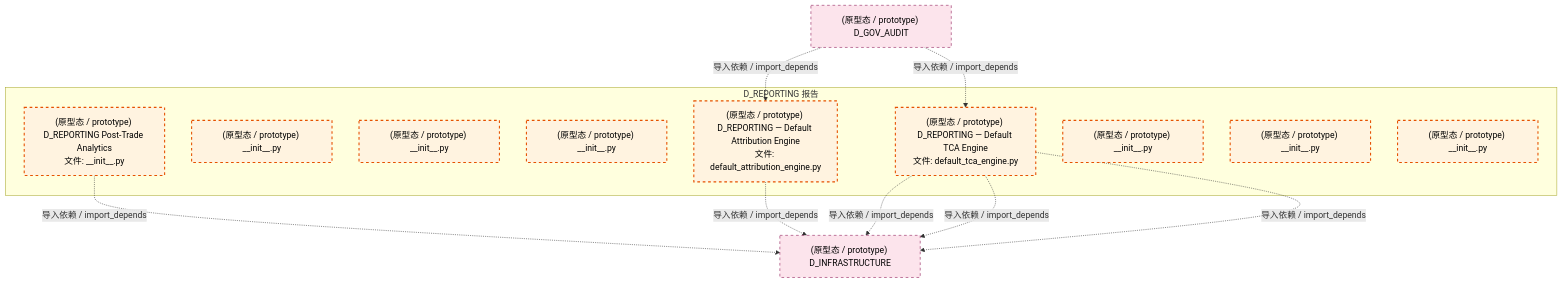
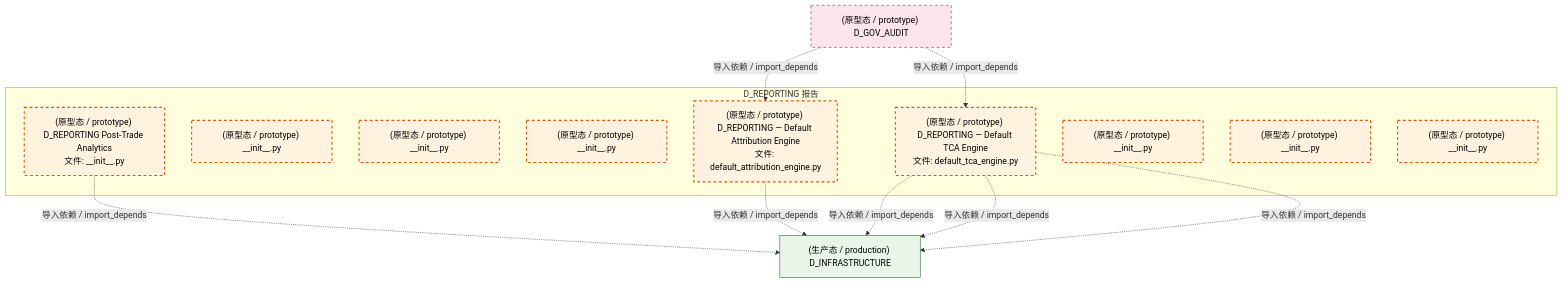
Before and after one commit to xuanFelixVan/ZephyrAlpha: the third of 4 diagrams in docs/02_enterprise_architecture/02_domain_architecture_docs/23_d_reporting.md, drawn with Mermaid. The commit also changed other lines of this file and 126 other files, not shown here.

````diff
--- a/docs/02_enterprise_architecture/02_domain_architecture_docs/23_d_reporting.md
+++ b/docs/02_enterprise_architecture/02_domain_architecture_docs/23_d_reporting.md
@@ -152,29 +153,30 @@
 ```mermaid
 graph TD
     subgraph D_REPORTING["D_REPORTING 报告"]
         src_zephyr_reporting_init_py["(原型态 / prototype) D_REPORTING Post-Trade Analytics<br/>文件: __init__.py"]
         src_zephyr_reporting_extensions_init_py["(原型态 / prototype) __init__.py"]
         src_zephyr_reporting_api_init_py["(原型态 / prototype) __init__.py"]
         src_zephyr_reporting_core_init_py["(原型态 / prototype) __init__.py"]
         src_zephyr_reporting_default_attribution_engine_py["(原型态 / prototype) D_REPORTING — Default Attribution Engine<br/>文件: default_attribution_engine.py"]
         src_zephyr_reporting_default_tca_engine_py["(原型态 / prototype) D_REPORTING — Default TCA Engine<br/>文件: default_tca_engine.py"]
         src_zephyr_reporting_infrastructure_init_py["(原型态 / prototype) __init__.py"]
         src_zephyr_reporting_models_init_py["(原型态 / prototype) __init__.py"]
         src_zephyr_reporting_services_init_py["(原型态 / prototype) __init__.py"]
     end
-    D_INFRASTRUCTURE["(原型态 / prototype) D_INFRASTRUCTURE"]
+    D_INFRASTRUCTURE["(生产态 / production) D_INFRASTRUCTURE"]
+    src_zephyr_reporting_init_py -.->|导入依赖 / import_depends| D_INFRASTRUCTURE
     src_zephyr_reporting_default_tca_engine_py -.->|导入依赖 / import_depends| D_INFRASTRUCTURE
-    src_zephyr_reporting_init_py -.->|导入依赖 / import_depends| D_INFRASTRUCTURE
     src_zephyr_reporting_default_attribution_engine_py -.->|导入依赖 / import_depends| D_INFRASTRUCTURE
     src_zephyr_reporting_default_tca_engine_py -.->|导入依赖 / import_depends| D_INFRASTRUCTURE
     src_zephyr_reporting_default_tca_engine_py -.->|导入依赖 / import_depends| D_INFRASTRUCTURE
     D_GOV_AUDIT["(原型态 / prototype) D_GOV_AUDIT"]
     D_GOV_AUDIT -.->|导入依赖 / import_depends| src_zephyr_reporting_default_attribution_engine_py
     D_GOV_AUDIT -.->|导入依赖 / import_depends| src_zephyr_reporting_default_tca_engine_py
     classDef production fill:#e1f5fe,stroke:#01579b,stroke-width:2px,color:#000
     classDef design fill:#fff3e0,stroke:#e65100,stroke-width:2px,color:#000,stroke-dasharray: 5 5
     classDef external_prod fill:#e8f5e9,stroke:#1b5e20,stroke-width:1px,color:#000
     classDef external_design fill:#fce4ec,stroke:#880e4f,stroke-width:1px,color:#000,stroke-dasharray: 5 5
     class src_zephyr_reporting_init_py,src_zephyr_reporting_extensions_init_py,src_zephyr_reporting_api_init_py,src_zephyr_reporting_core_init_py,src_zephyr_reporting_default_attribution_engine_py,src_zephyr_reporting_default_tca_engine_py,src_zephyr_reporting_infrastructure_init_py,src_zephyr_reporting_models_init_py,src_zephyr_reporting_services_init_py design
-    class D_INFRASTRUCTURE,D_GOV_AUDIT external_design
+    class D_INFRASTRUCTURE external_prod
+    class D_GOV_AUDIT external_design
 ```
````
